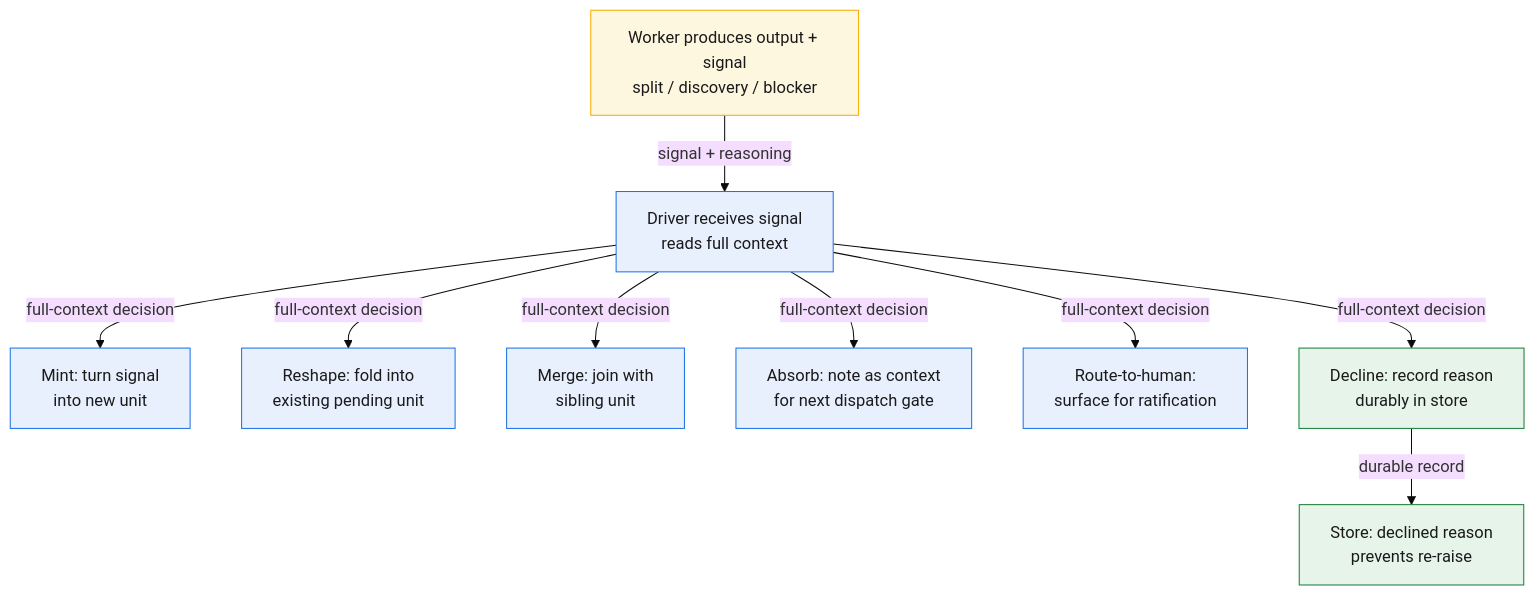
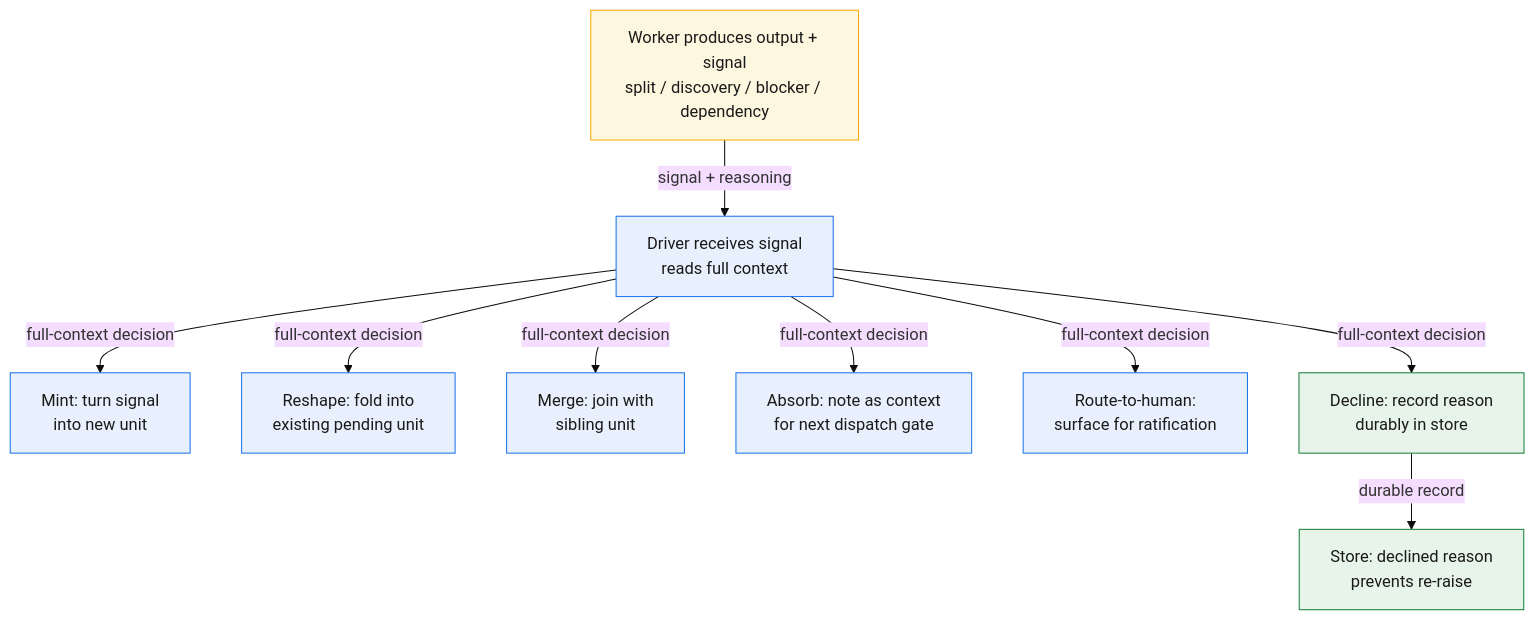
The third of 3 diagrams in docs/02-driver-worker-store.md (RohitDashora/gotm-framework-for-agentic-development), drawn with Mermaid (base theme) before and after one commit. The commit also changed other lines of this file and 19 other files, not shown here.

First line of the commit message:
GOTM v4.6 — the living dependency graph (graph-engineering + learning-engineering framework) (#9)

````diff
--- a/docs/02-driver-worker-store.md
+++ b/docs/02-driver-worker-store.md
@@ -118,29 +118,29 @@
 ```mermaid
 flowchart TD
-    worker["Worker produces output + signal<br/>split / discovery / blocker"]
+    worker["Worker produces output + signal<br/>split / discovery / blocker / dependency"]
     driver["Driver receives signal<br/>reads full context"]
     mint["Mint: turn signal<br/>into new unit"]
     reshape["Reshape: fold into<br/>existing pending unit"]
     merge["Merge: join with<br/>sibling unit"]
     absorb["Absorb: note as context<br/>for next dispatch gate"]
     route["Route-to-human:<br/>surface for ratification"]
     decline["Decline: record reason<br/>durably in store"]
     
     worker -->|signal + reasoning| driver
     driver -->|full-context decision| mint
     driver -->|full-context decision| reshape
     driver -->|full-context decision| merge
     driver -->|full-context decision| absorb
     driver -->|full-context decision| route
     driver -->|full-context decision| decline
     
     decline -->|durable record| store["Store: declined reason<br/>prevents re-raise"]
     
     classDef driverC fill:#e8f0fe,stroke:#1a73e8,color:#1a1a1a
     classDef workerC fill:#fef7e0,stroke:#f9ab00,color:#1a1a1a
     classDef storeC fill:#e6f4ea,stroke:#188038,color:#1a1a1a
     
     class driver,mint,reshape,merge,absorb,route driverC
     class worker workerC
     class decline,store storeC
 ```
````
